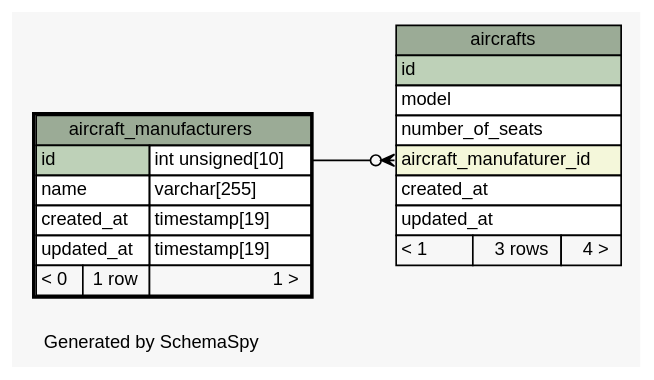
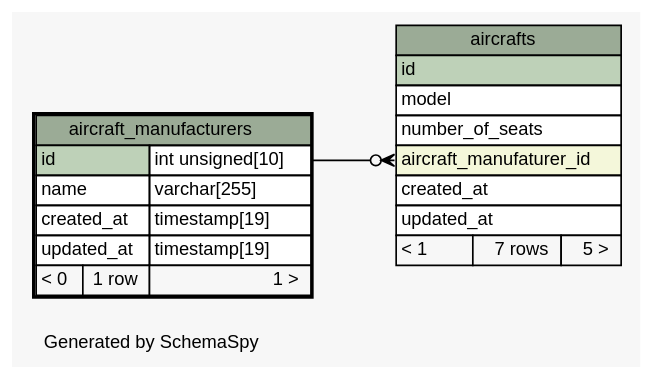
The diagram in web/app/database/schema/diagrams/aircraft_manufacturers.1degree.dot (joaonzangoII/flightbookingsystem), drawn with Graphviz before and after one commit. The commit also changed 129 other files, not shown here.

```diff
--- a/web/app/database/schema/diagrams/aircraft_manufacturers.1degree.dot
+++ b/web/app/database/schema/diagrams/aircraft_manufacturers.1degree.dot
@@ -1,51 +1,51 @@
-// dot 2.38.0 on Linux 4.8.0-46-generic
+// dot 2.38.0 on Linux 4.8.0-49-generic
 // SchemaSpy rev 590
 digraph "oneDegreeRelationshipsDiagram" {
   graph [
     rankdir="RL"
     bgcolor="#f7f7f7"
     label="\nGenerated by SchemaSpy"
     labeljust="l"
     nodesep="0.18"
     ranksep="0.46"
     fontname="Helvetica"
     fontsize="11"
   ];
   node [
     fontname="Helvetica"
     fontsize="11"
     shape="plaintext"
   ];
   edge [
     arrowsize="0.8"
   ];
   "aircrafts":"aircraft_manufaturer_id":w -> "aircraft_manufacturers":"id.type":e [arrowhead=none dir=back arrowtail=crowodot];
   "aircraft_manufacturers" [
     label=<
     <TABLE BORDER="2" CELLBORDER="1" CELLSPACING="0" BGCOLOR="#ffffff">
       <TR><TD COLSPAN="3" BGCOLOR="#9bab96" ALIGN="CENTER">aircraft_manufacturers</TD></TR>
       <TR><TD PORT="id" COLSPAN="2" BGCOLOR="#bed1b8" ALIGN="LEFT">id</TD><TD PORT="id.type" ALIGN="LEFT">int unsigned[10]</TD></TR>
       <TR><TD PORT="name" COLSPAN="2" ALIGN="LEFT">name</TD><TD PORT="name.type" ALIGN="LEFT">varchar[255]</TD></TR>
       <TR><TD PORT="created_at" COLSPAN="2" ALIGN="LEFT">created_at</TD><TD PORT="created_at.type" ALIGN="LEFT">timestamp[19]</TD></TR>
       <TR><TD PORT="updated_at" COLSPAN="2" ALIGN="LEFT">updated_at</TD><TD PORT="updated_at.type" ALIGN="LEFT">timestamp[19]</TD></TR>
       <TR><TD ALIGN="LEFT" BGCOLOR="#f7f7f7">&lt; 0</TD><TD ALIGN="RIGHT" BGCOLOR="#f7f7f7">1 row</TD><TD ALIGN="RIGHT" BGCOLOR="#f7f7f7">1 &gt;</TD></TR>
     </TABLE>>
     URL="aircraft_manufacturers.html"
     tooltip="aircraft_manufacturers"
   ];
   "aircrafts" [
     label=<
     <TABLE BORDER="0" CELLBORDER="1" CELLSPACING="0" BGCOLOR="#ffffff">
       <TR><TD COLSPAN="3" BGCOLOR="#9bab96" ALIGN="CENTER">aircrafts</TD></TR>
       <TR><TD PORT="id" COLSPAN="3" BGCOLOR="#bed1b8" ALIGN="LEFT">id</TD></TR>
       <TR><TD PORT="model" COLSPAN="3" ALIGN="LEFT">model</TD></TR>
       <TR><TD PORT="number_of_seats" COLSPAN="3" ALIGN="LEFT">number_of_seats</TD></TR>
       <TR><TD PORT="aircraft_manufaturer_id" COLSPAN="3" BGCOLOR="#f4f7da" ALIGN="LEFT">aircraft_manufaturer_id</TD></TR>
       <TR><TD PORT="created_at" COLSPAN="3" ALIGN="LEFT">created_at</TD></TR>
       <TR><TD PORT="updated_at" COLSPAN="3" ALIGN="LEFT">updated_at</TD></TR>
-      <TR><TD ALIGN="LEFT" BGCOLOR="#f7f7f7">&lt; 1</TD><TD ALIGN="RIGHT" BGCOLOR="#f7f7f7">3 rows</TD><TD ALIGN="RIGHT" BGCOLOR="#f7f7f7">4 &gt;</TD></TR>
+      <TR><TD ALIGN="LEFT" BGCOLOR="#f7f7f7">&lt; 1</TD><TD ALIGN="RIGHT" BGCOLOR="#f7f7f7">7 rows</TD><TD ALIGN="RIGHT" BGCOLOR="#f7f7f7">5 &gt;</TD></TR>
     </TABLE>>
     URL="aircrafts.html"
     tooltip="aircrafts"
   ];
 }
```
